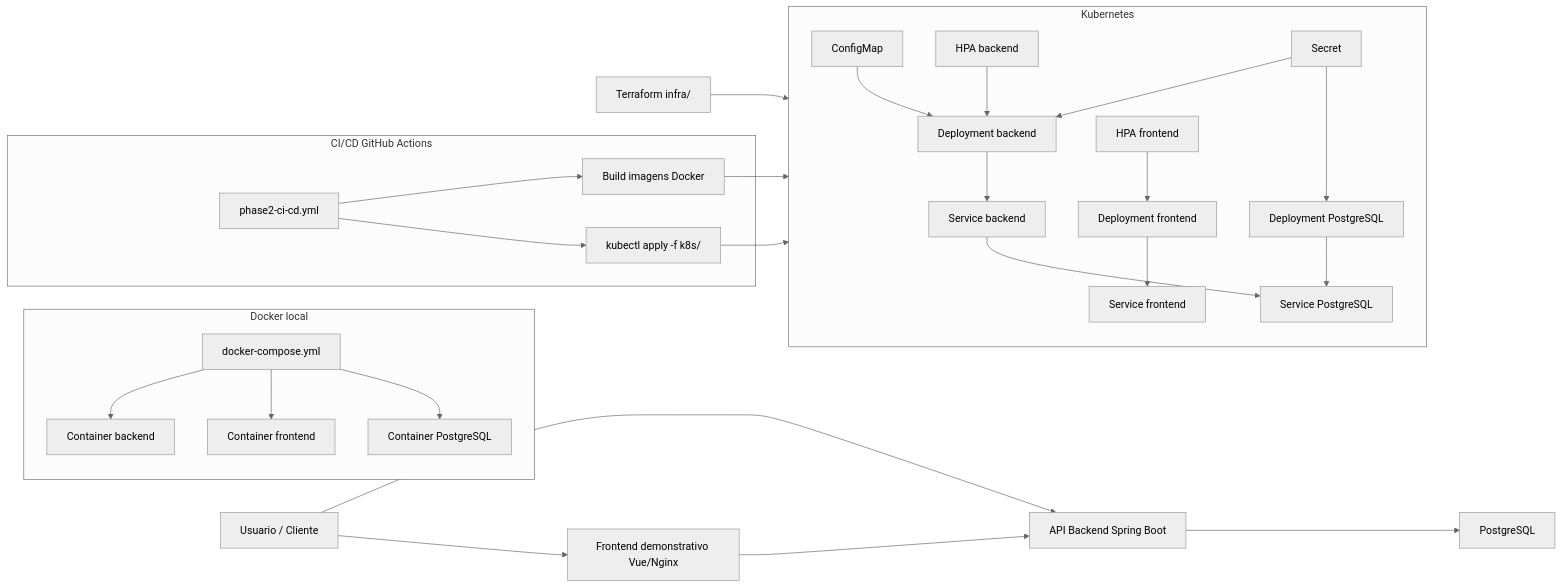
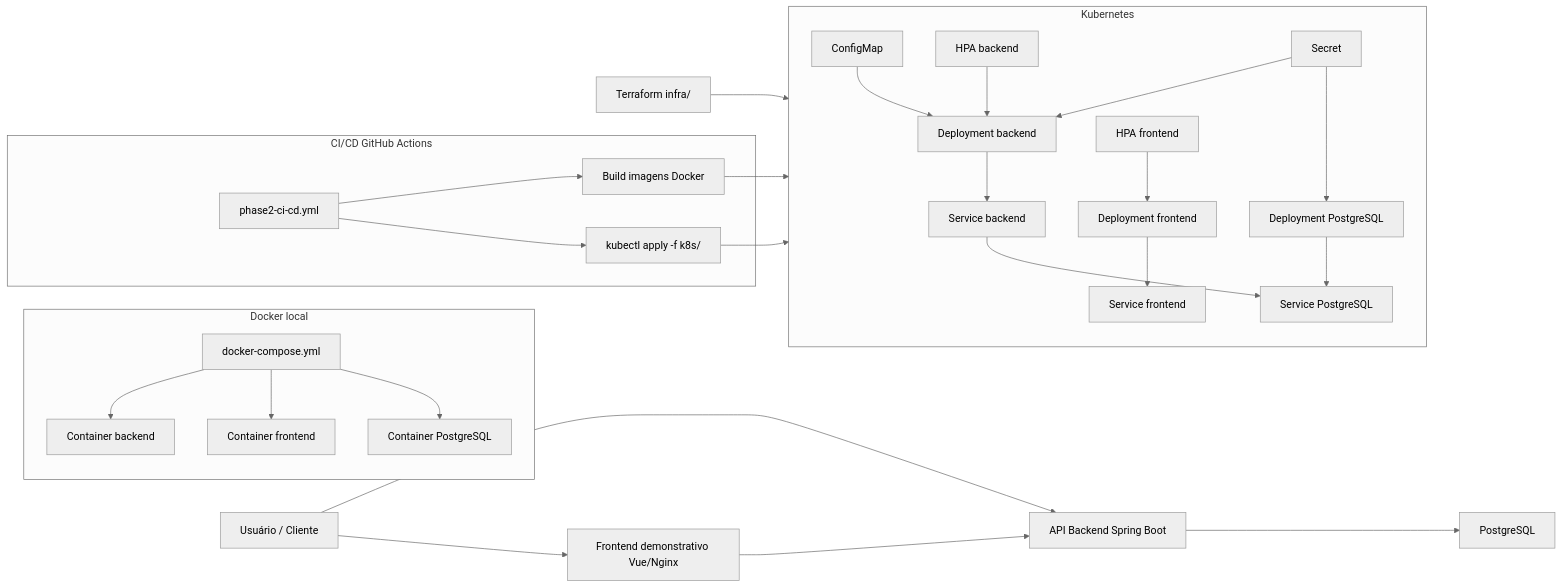
One commit to yxsbx/SOAT-FIAP changed the diagram in docs/PHASE2_DELIVERY_DOCUMENT.md. Above: the diagram before and after it, drawn with Mermaid (neutral theme). The commit also changed other lines of this file and 13 other files, not shown here.

````diff
--- a/docs/PHASE2_DELIVERY_DOCUMENT.md
+++ b/docs/PHASE2_DELIVERY_DOCUMENT.md
@@ -16,46 +16,46 @@
 ```mermaid
 flowchart LR
-    user["Usuario / Cliente"] --> frontend["Frontend demonstrativo Vue/Nginx"]
+    user["Usuário / Cliente"] --> frontend["Frontend demonstrativo Vue/Nginx"]
     user --> api["API Backend Spring Boot"]
     frontend --> api
     api --> postgres["PostgreSQL"]
 
     subgraph docker["Docker local"]
         compose["docker-compose.yml"]
         compose --> appContainer["Container backend"]
         compose --> webContainer["Container frontend"]
         compose --> dbContainer["Container PostgreSQL"]
     end
 
     subgraph k8s["Kubernetes"]
         cm["ConfigMap"]
         secret["Secret"]
         hpaApi["HPA backend"]
         hpaWeb["HPA frontend"]
         deployApi["Deployment backend"]
         deployWeb["Deployment frontend"]
         deployDb["Deployment PostgreSQL"]
         svcApi["Service backend"]
         svcWeb["Service frontend"]
         svcDb["Service PostgreSQL"]
         hpaApi --> deployApi
         hpaWeb --> deployWeb
         cm --> deployApi
         secret --> deployApi
         secret --> deployDb
         deployApi --> svcApi
         deployWeb --> svcWeb
         deployDb --> svcDb
         svcApi --> svcDb
     end
 
     subgraph cicd["CI/CD GitHub Actions"]
         pipeline["phase2-ci-cd.yml"]
         pipeline --> images["Build imagens Docker"]
         pipeline --> kubectl["kubectl apply -f k8s/"]
     end
 
     terraform["Terraform infra/"] --> k8s
     images --> k8s
     kubectl --> k8s
 ```
````
